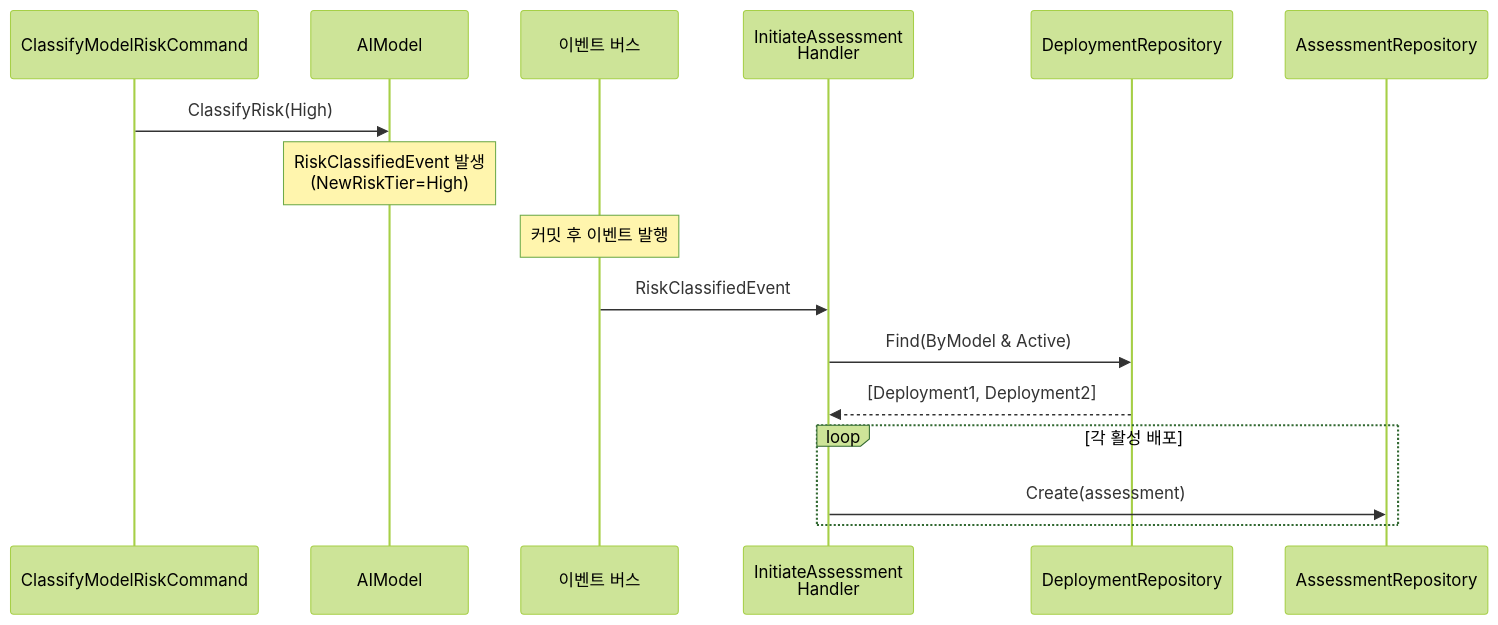
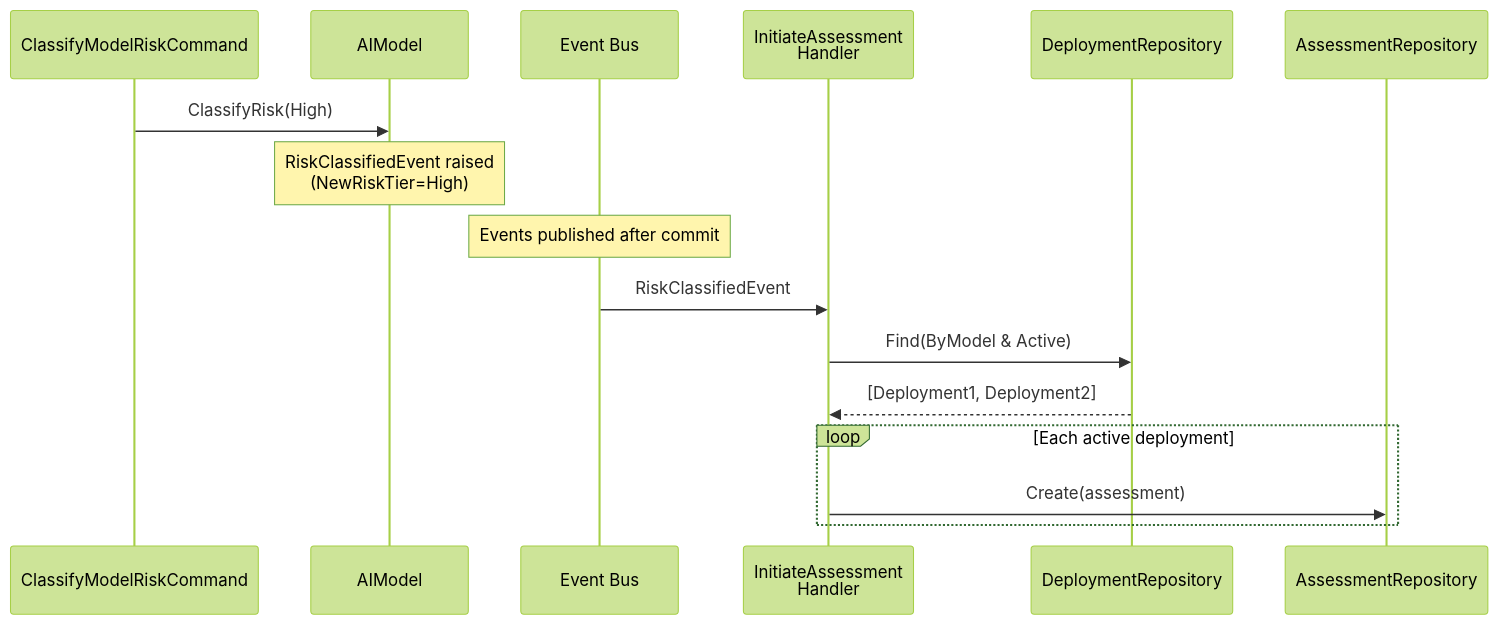
One commit to hhko/Functorium changed the third of 3 diagrams in Docs.Site/src/content/docs/samples/ai-model-governance/application/00-business-requirements.md. Above: the diagram before and after it, drawn with Mermaid (forest theme). The commit also changed other lines of this file and 20 other files, not shown here.

````diff
--- a/Docs.Site/src/content/docs/samples/ai-model-governance/application/00-business-requirements.md
+++ b/Docs.Site/src/content/docs/samples/ai-model-governance/application/00-business-requirements.md
@@ -120,21 +120,21 @@
 ```mermaid
 sequenceDiagram
     participant Cmd as ClassifyModelRiskCommand
     participant Model as AIModel
-    participant Bus as 이벤트 버스
+    participant Bus as Event Bus
     participant Handler as InitiateAssessment<br/>Handler
     participant DRepo as DeploymentRepository
     participant ARepo as AssessmentRepository
 
     Cmd->>Model: ClassifyRisk(High)
-    Note over Model: RiskClassifiedEvent 발생<br/>(NewRiskTier=High)
+    Note over Model: RiskClassifiedEvent raised<br/>(NewRiskTier=High)
 
-    Note over Bus: 커밋 후 이벤트 발행
+    Note over Bus: Events published after commit
 
     Bus->>Handler: RiskClassifiedEvent
     Handler->>DRepo: Find(ByModel & Active)
     DRepo-->>Handler: [Deployment1, Deployment2]
-    loop 각 활성 배포
+    loop Each active deployment
         Handler->>ARepo: Create(assessment)
     end
 ```
````
